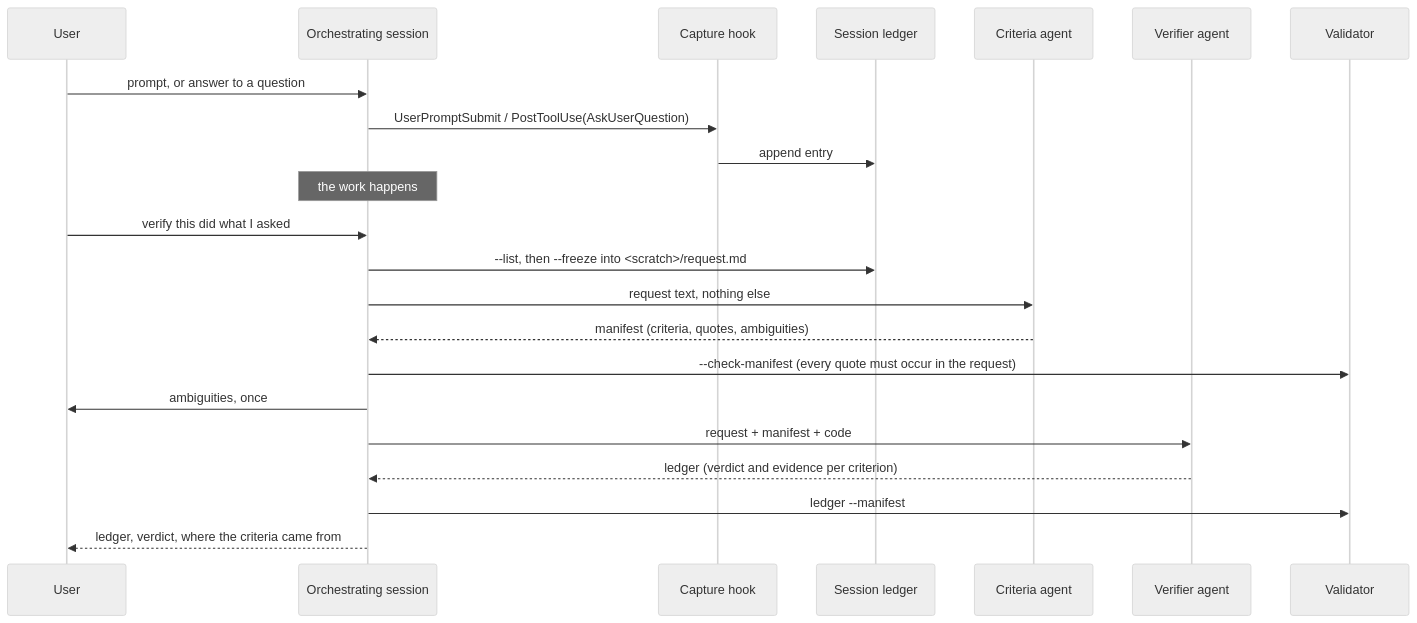
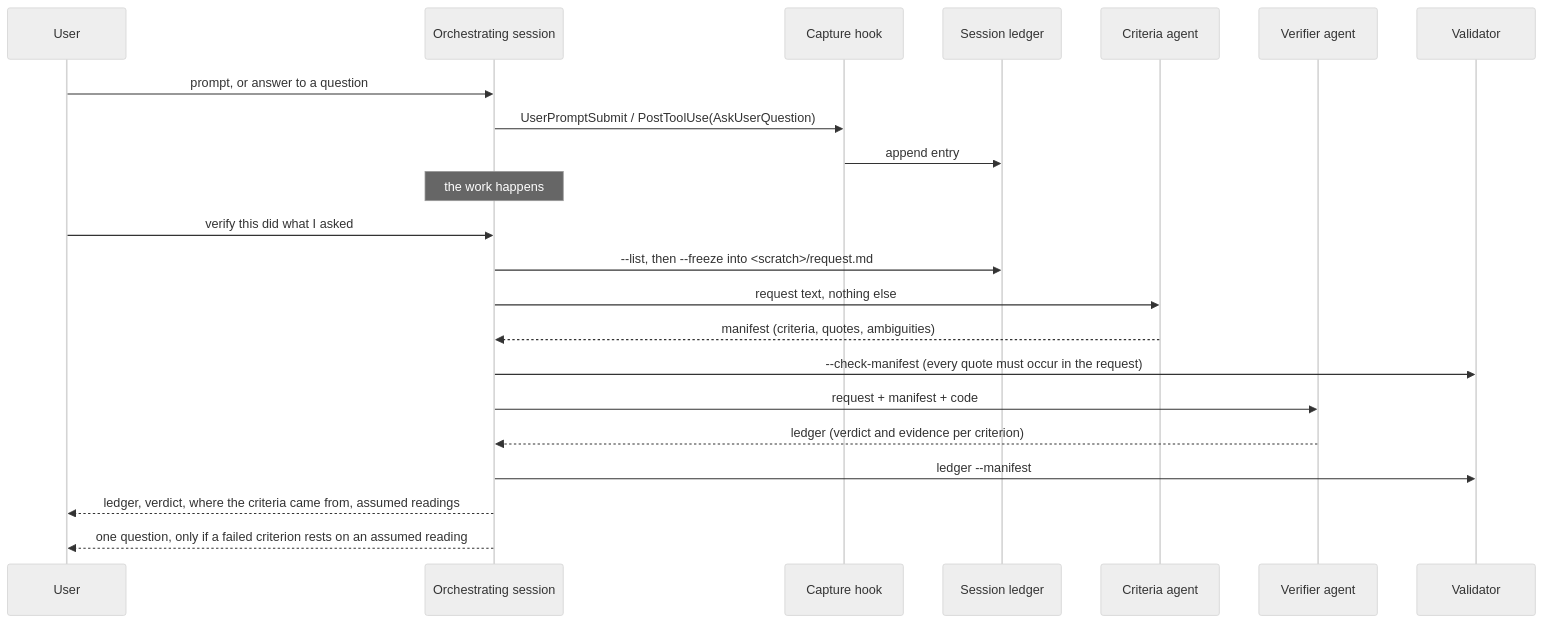
One commit to Nurath/intent-verify changed the diagram in docs/architecture.md. Above: the diagram before and after it, drawn with Mermaid (neutral theme). The commit also changed other lines of this file and 153 other files, not shown here.

First line of the commit message:
fix: ask about ambiguities only after the verdict, and only when it rests on one (v0.3.2)

````diff
--- a/docs/architecture.md
+++ b/docs/architecture.md
@@ -33,25 +33,25 @@
 ```mermaid
 sequenceDiagram
     participant U as User
     participant O as Orchestrating session
     participant H as Capture hook
     participant L as Session ledger
     participant C as Criteria agent
     participant V as Verifier agent
     participant X as Validator
 
     U->>O: prompt, or answer to a question
     O->>H: UserPromptSubmit / PostToolUse(AskUserQuestion)
     H->>L: append entry
     Note over O: the work happens
     U->>O: verify this did what I asked
     O->>L: --list, then --freeze into <scratch>/request.md
     O->>C: request text, nothing else
     C-->>O: manifest (criteria, quotes, ambiguities)
     O->>X: --check-manifest (every quote must occur in the request)
-    O->>U: ambiguities, once
     O->>V: request + manifest + code
     V-->>O: ledger (verdict and evidence per criterion)
     O->>X: ledger --manifest
-    O-->>U: ledger, verdict, where the criteria came from
+    O-->>U: ledger, verdict, where the criteria came from, assumed readings
+    O-->>U: one question, only if a failed criterion rests on an assumed reading
 ```
````
